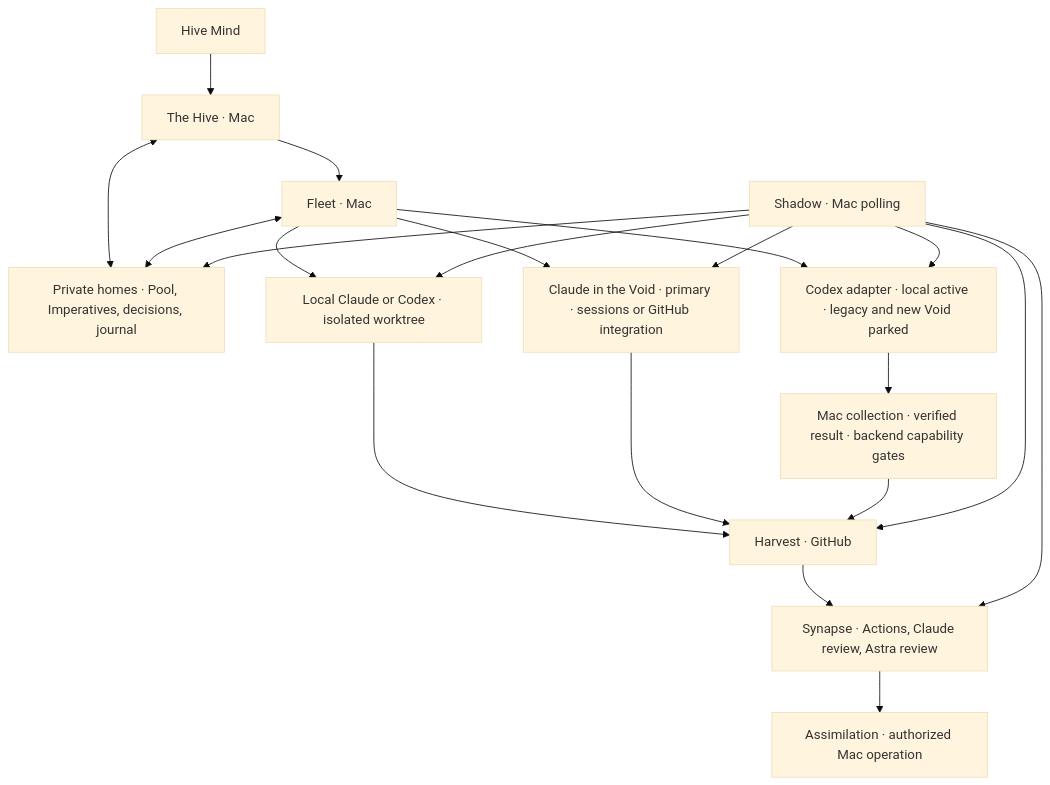
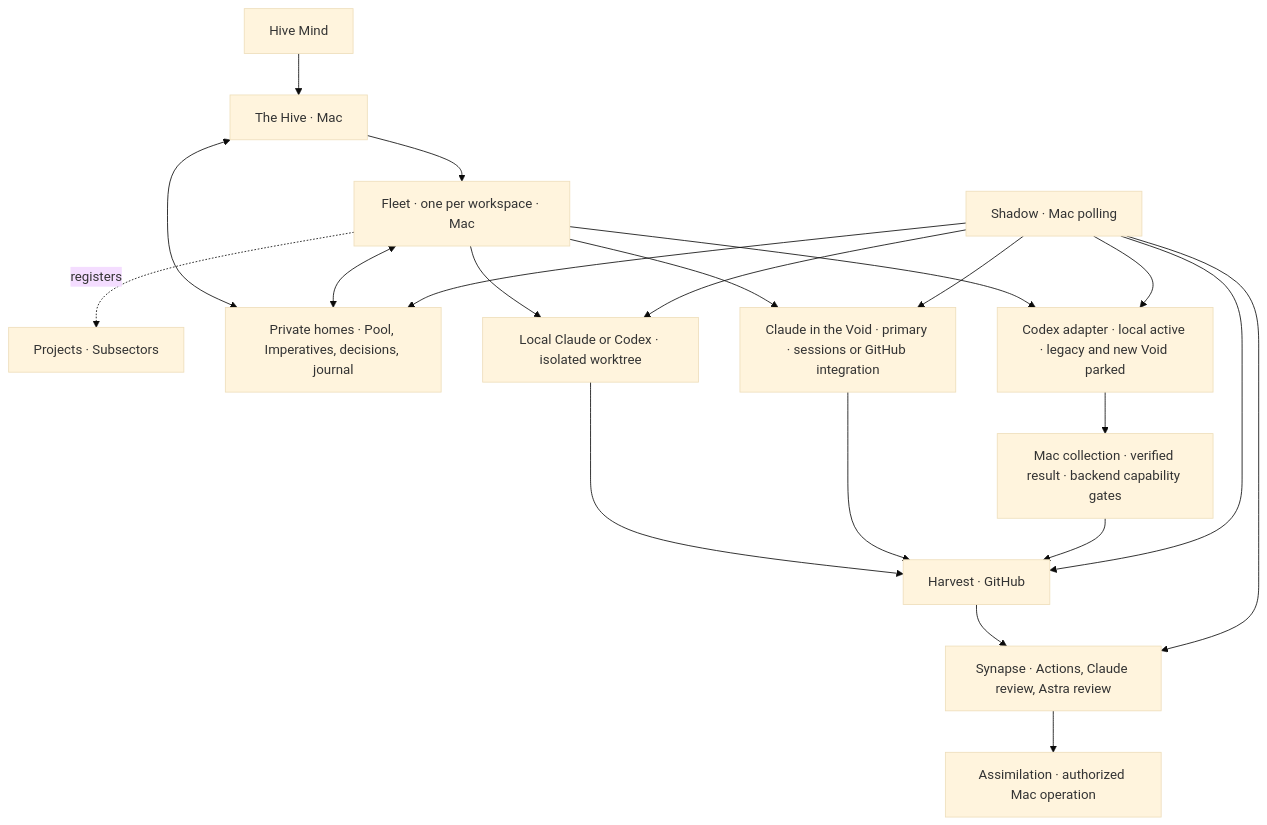
Before and after one commit to kesk-git/hive: the diagram in docs/design.md, drawn with Mermaid (base theme). The commit also changed other lines of this file and 1 other file, not shown here.

First line of the commit message:
docs: settle the ui package and one Fleet per workspace

````diff
--- a/docs/design.md
+++ b/docs/design.md
@@ -36,22 +41,23 @@
 ```mermaid
 flowchart TD
     Mind[Hive Mind] --> Hive[The Hive · Mac]
-    Hive --> Fleet[Fleet · Mac]
+    Hive --> Fleet[Fleet · one per workspace · Mac]
+    Fleet -. registers .-> Projects[Projects · Subsectors]
     Hive <--> Private[Private homes · Pool, Imperatives, decisions, journal]
     Fleet <--> Private
     Fleet --> Local[Local Claude or Codex · isolated worktree]
     Fleet --> Claude[Claude in the Void · primary · sessions or GitHub integration]
     Fleet --> Codex[Codex adapter · local active · legacy and new Void parked]
     Local --> Harvest[Harvest · GitHub]
     Claude --> Harvest
     Codex --> Collection[Mac collection · verified result · backend capability gates]
     Collection --> Harvest
     Harvest --> Synapse[Synapse · Actions, Claude review, Astra review]
     Synapse --> Assimilation[Assimilation · authorized Mac operation]
     Shadow[Shadow · Mac polling] --> Private
     Shadow --> Local
     Shadow --> Claude
     Shadow --> Codex
     Shadow --> Harvest
     Shadow --> Synapse
 ```
````
